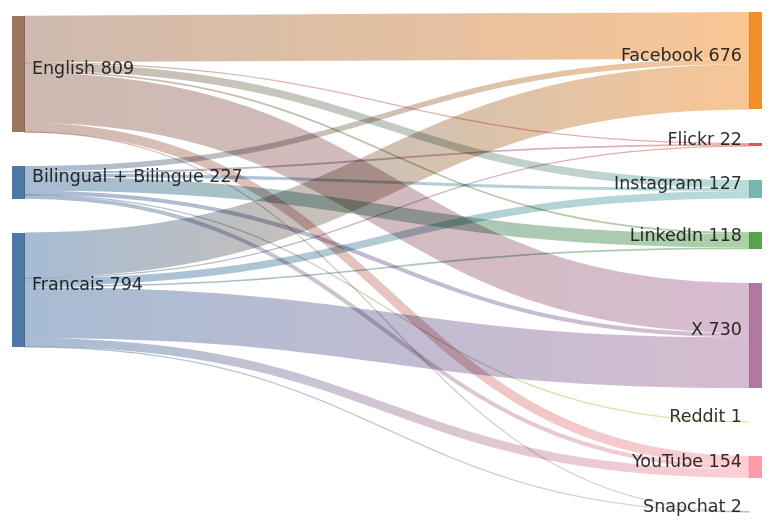
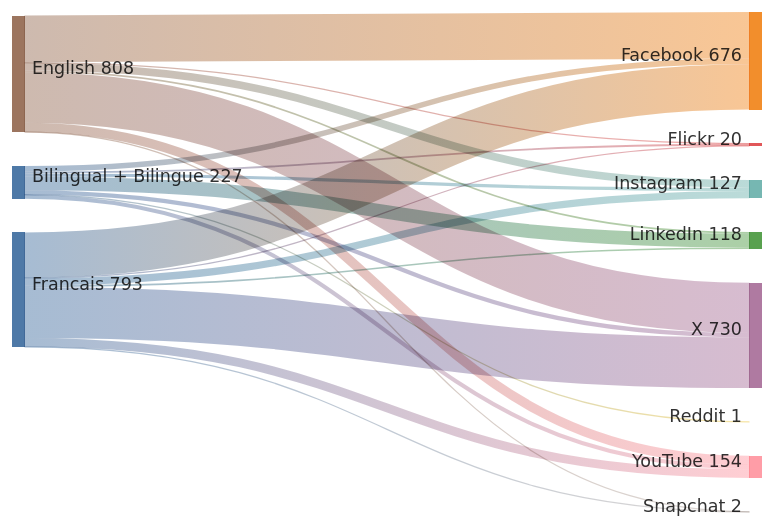
One commit to PatLittle/GC-Socials changed the diagram in sankey_diagram.md. Above: the diagram before and after it, drawn with Mermaid.

Commit message:
Update Sankey diagram for the most recent day

````diff
--- a/sankey_diagram.md
+++ b/sankey_diagram.md
@@ -1,24 +1,24 @@
 ```mermaid
 sankey-beta
   Bilingual + Bilingue,Facebook,39
   Bilingual + Bilingue,Flickr,13
   Bilingual + Bilingue,Instagram,22
   Bilingual + Bilingue,LinkedIn,95
   Bilingual + Bilingue,Reddit,1
   Bilingual + Bilingue,X,29
   Bilingual + Bilingue,YouTube,28
   English,Facebook,323
-  English,Flickr,5
+  English,Flickr,4
   English,Instagram,54
   English,LinkedIn,12
   English,Snapchat,1
   English,X,349
   English,YouTube,65
   Francais,Facebook,314
-  Francais,Flickr,4
+  Francais,Flickr,3
   Francais,Instagram,51
   Francais,LinkedIn,11
   Francais,Snapchat,1
   Francais,X,352
   Francais,YouTube,61
 ```
````
